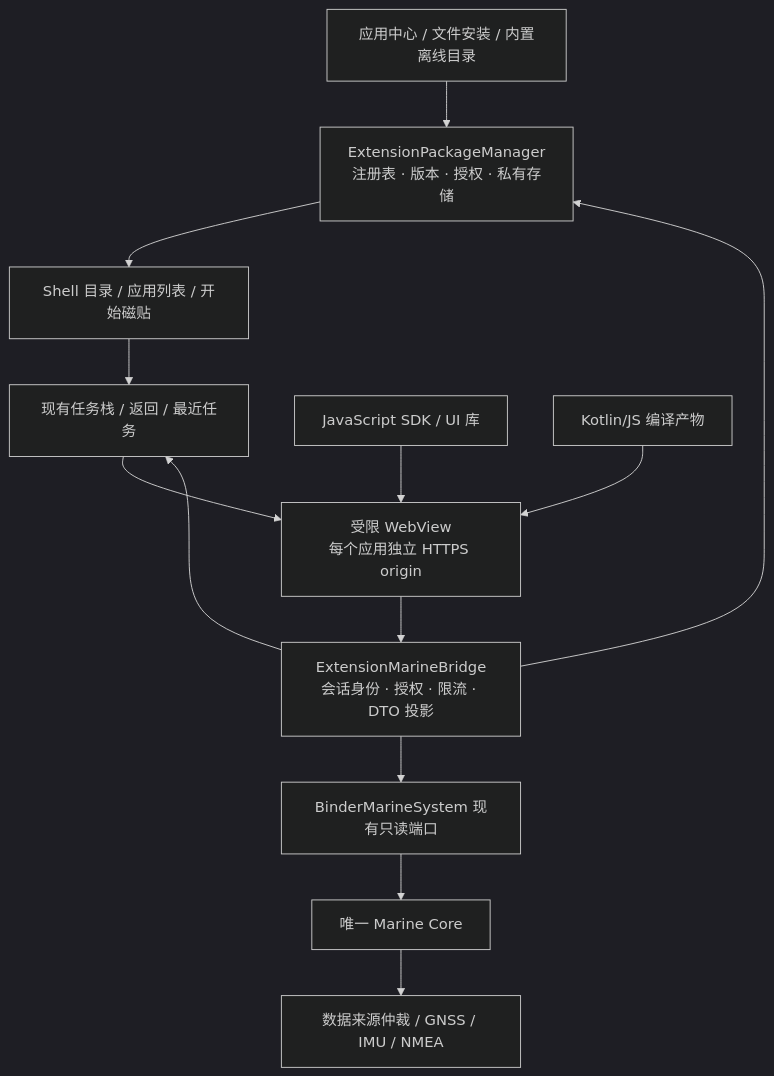
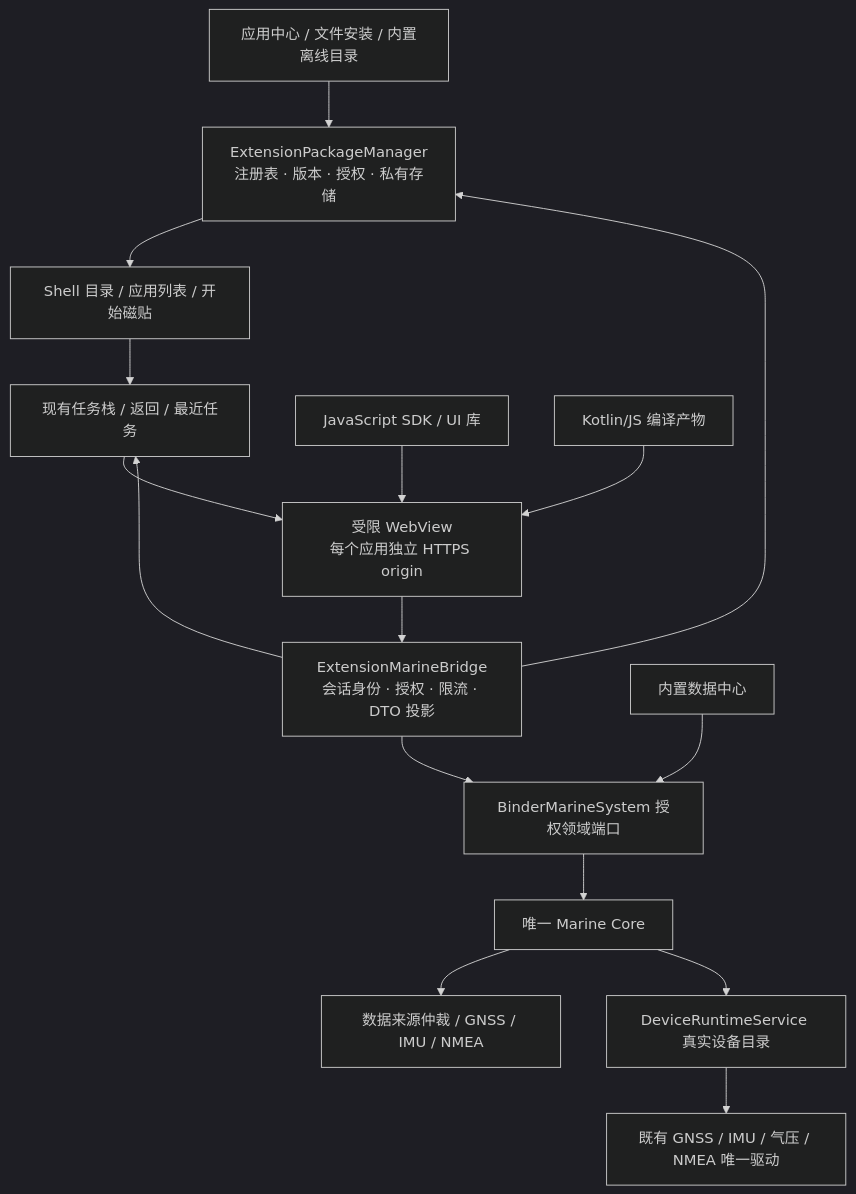
Before and after one commit to ohkuku/yokuli_marine_shell: the second of 2 diagrams in docs/os/10-INPROCESS-SYSTEM-BOUNDARIES.md, drawn with Mermaid (dark theme). The commit also changed other lines of this file and 51 other files, not shown here.

Commit message:
feat: add .ykl system apps and SDK 2 service capabilities

````diff
--- a/docs/os/10-INPROCESS-SYSTEM-BOUNDARIES.md
+++ b/docs/os/10-INPROCESS-SYSTEM-BOUNDARIES.md
@@ -248,15 +250,18 @@
 ```mermaid
 flowchart TD
   Center[应用中心 / 文件安装 / 内置离线目录] --> Packages[ExtensionPackageManager\n注册表 · 版本 · 授权 · 私有存储]
   Packages --> Catalog[Shell 目录 / 应用列表 / 开始磁贴]
   Catalog --> Tasks[现有任务栈 / 返回 / 最近任务]
   Tasks --> View[受限 WebView\n每个应用独立 HTTPS origin]
   JS[JavaScript SDK / UI 库] --> View
   Kotlin[Kotlin/JS 编译产物] --> View
   View --> Gate[ExtensionMarineBridge\n会话身份 · 授权 · 限流 · DTO 投影]
-  Gate --> Binder[BinderMarineSystem 现有只读端口]
+  Gate --> Binder[BinderMarineSystem 授权领域端口]
   Binder --> Core[唯一 Marine Core]
   Core --> Sources[数据来源仲裁 / GNSS / IMU / NMEA]
+  Core --> Devices[DeviceRuntimeService 真实设备目录]
+  Devices --> Drivers[既有 GNSS / IMU / 气压 / NMEA 唯一驱动]
+  DataCenter[内置数据中心] --> Binder
   Gate --> Packages
   Gate --> Tasks
 ```
````
